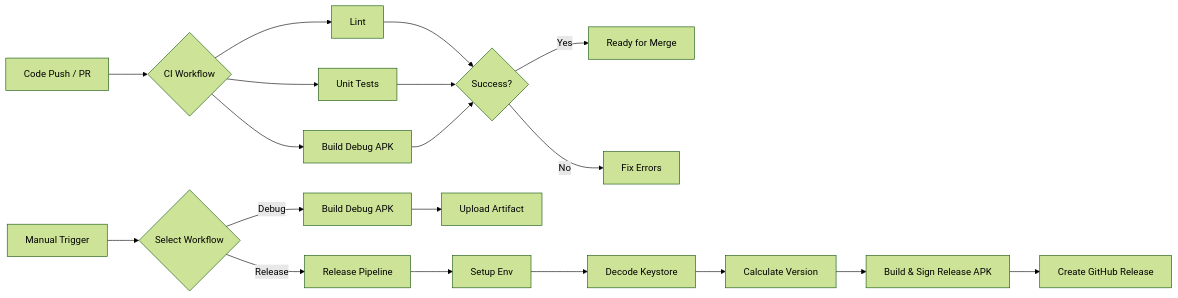
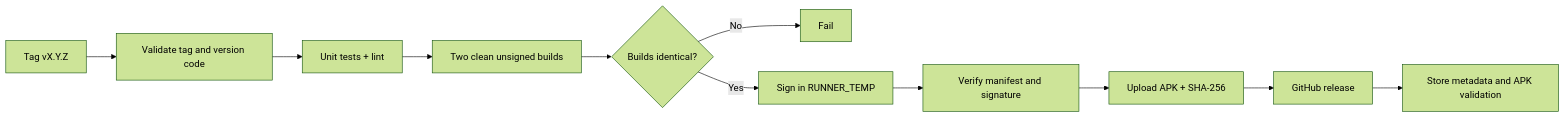
One commit to xRahul/GroupingMessages changed the diagram in docs/PRD.md. Above: the diagram before and after it, drawn with Mermaid (forest theme). The commit also changed other lines of this file and 69 other files, not shown here.

Commit message:
feat: harden SMS handling and add store release pipeline

````diff
--- a/docs/PRD.md
+++ b/docs/PRD.md
@@ -31,22 +37,13 @@
 ```mermaid
 graph LR
-    A[Code Push / PR] --> B{CI Workflow}
-    B --> C[Lint]
-    B --> D[Unit Tests]
-    B --> E[Build Debug APK]
-    C --> F{Success?}
-    D --> F
-    E --> F
-    F -- Yes --> G[Ready for Merge]
-    F -- No --> H[Fix Errors]
-
-    I[Manual Trigger] --> J{Select Workflow}
-    J -- Debug --> K[Build Debug APK]
-    K --> L[Upload Artifact]
-    J -- Release --> M[Release Pipeline]
-    M --> N[Setup Env]
-    N --> O[Decode Keystore]
-    O --> P[Calculate Version]
-    P --> Q[Build & Sign Release APK]
-    Q --> R[Create GitHub Release]
+    A[Tag vX.Y.Z] --> B[Validate tag and version code]
+    B --> C[Unit tests + lint]
+    C --> D[Two clean unsigned builds]
+    D --> E{Builds identical?}
+    E -- No --> X[Fail]
+    E -- Yes --> F[Sign in RUNNER_TEMP]
+    F --> G[Verify manifest and signature]
+    G --> H[Upload APK + SHA-256]
+    H --> I[GitHub release]
+    I --> J[Store metadata and APK validation]
 ```
````
